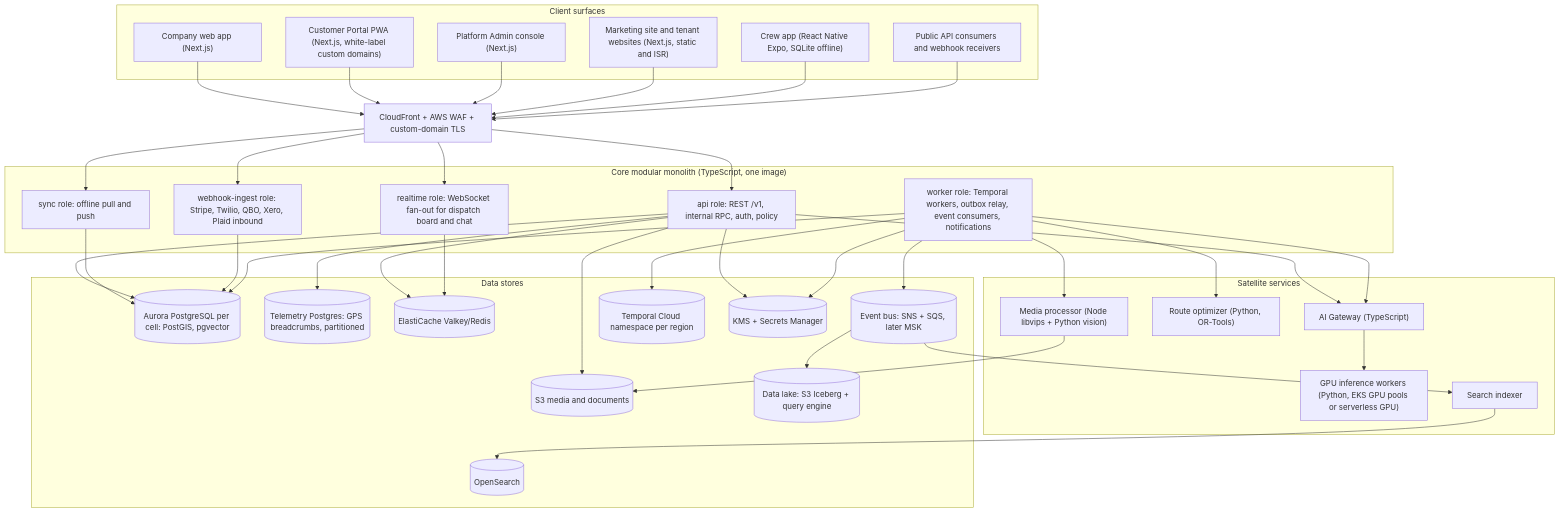
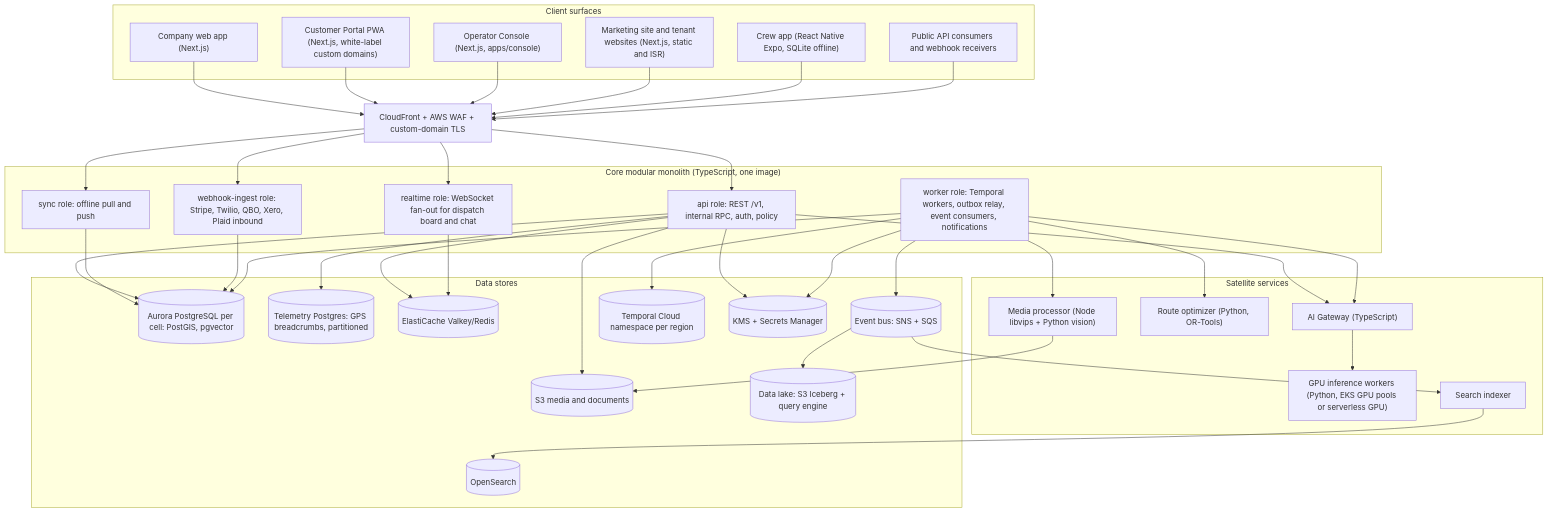
Before and after one commit to jdinard/landscape: the second of 13 diagrams in docs/20-architecture-security.md, drawn with Mermaid. The commit also changed other lines of this file and 10 other files, not shown here.

````diff
--- a/docs/20-architecture-security.md
+++ b/docs/20-architecture-security.md
@@ -216,73 +216,73 @@
 ```mermaid
 flowchart TB
   subgraph Clients["Client surfaces"]
     WEB["Company web app (Next.js)"]
     PORTAL["Customer Portal PWA (Next.js, white-label custom domains)"]
-    ADMIN["Platform Admin console (Next.js)"]
+    ADMIN["Operator Console (Next.js, apps/console)"]
     MKT["Marketing site and tenant websites (Next.js, static and ISR)"]
     CREW["Crew app (React Native Expo, SQLite offline)"]
     EXT["Public API consumers and webhook receivers"]
   end
 
   EDGE["CloudFront + AWS WAF + custom-domain TLS"]
 
   subgraph Core["Core modular monolith (TypeScript, one image)"]
     API["api role: REST /v1, internal RPC, auth, policy"]
     SYNC["sync role: offline pull and push"]
     RT["realtime role: WebSocket fan-out for dispatch board and chat"]
     WHI["webhook-ingest role: Stripe, Twilio, QBO, Xero, Plaid inbound"]
     WRK["worker role: Temporal workers, outbox relay, event consumers, notifications"]
   end
 
   subgraph Sat["Satellite services"]
     AIG["AI Gateway (TypeScript)"]
     GPU["GPU inference workers (Python, EKS GPU pools or serverless GPU)"]
     ROUTE["Route optimizer (Python, OR-Tools)"]
     MEDIA["Media processor (Node libvips + Python vision)"]
     SRCH["Search indexer"]
   end
 
   subgraph Data["Data stores"]
     PG[("Aurora PostgreSQL per cell: PostGIS, pgvector")]
     TELE[("Telemetry Postgres: GPS breadcrumbs, partitioned")]
     REDIS[("ElastiCache Valkey/Redis")]
     S3[("S3 media and documents")]
-    BUS[("Event bus: SNS + SQS, later MSK")]
+    BUS[("Event bus: SNS + SQS")]
     TMP[("Temporal Cloud namespace per region")]
-    OS[("OpenSearch     ")]
+    OS[("OpenSearch")]
     LAKE[("Data lake: S3 Iceberg + query engine")]
     KMS[("KMS + Secrets Manager")]
   end
 
   WEB --> EDGE
   PORTAL --> EDGE
   ADMIN --> EDGE
   MKT --> EDGE
   CREW --> EDGE
   EXT --> EDGE
   EDGE --> API
   EDGE --> SYNC
   EDGE --> RT
   EDGE --> WHI
   API --> PG
   API --> REDIS
   API --> S3
   API --> AIG
   SYNC --> PG
   RT --> REDIS
   WHI --> PG
   WRK --> PG
   WRK --> BUS
   WRK --> TMP
   WRK --> ROUTE
   WRK --> MEDIA
   WRK --> AIG
   AIG --> GPU
   MEDIA --> S3
   SRCH --> OS
   BUS --> SRCH
   BUS --> LAKE
   API --> KMS
   WRK --> KMS
   API --> TELE
 ```
````
